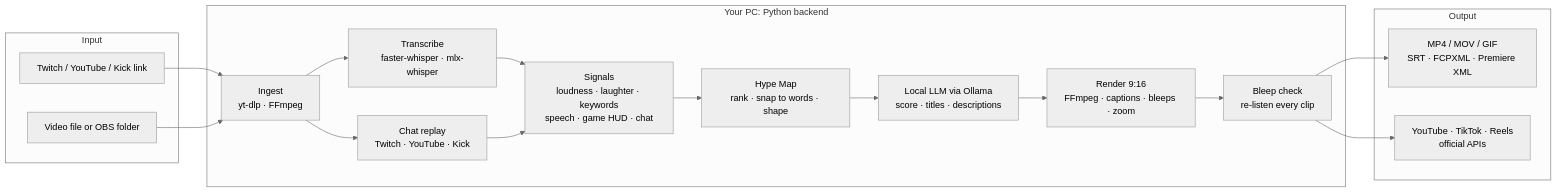
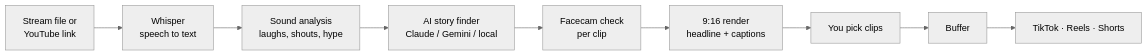
One commit to ierenkucukali/viral-gaming-clip-creator changed the diagram in README.md. Above: the diagram before and after it, drawn with Mermaid (neutral theme). The commit also changed other lines of this file and 43 other files, not shown here.

First line of the commit message:
Public README for Viral Gaming Clip Creator (fork of SharkyClips), updater + installers point to this repository, live posting-plan example

````diff
--- a/README.md
+++ b/README.md
@@ -80,28 +63,11 @@
 ```mermaid
 flowchart LR
-    subgraph IN[Input]
-        A1[Twitch / YouTube / Kick link]
-        A2[Video file or OBS folder]
-    end
-    subgraph LOCAL[Your PC: Python backend]
-        B[Ingest<br/>yt-dlp · FFmpeg]
-        C[Transcribe<br/>faster-whisper · mlx-whisper]
-        D[Chat replay<br/>Twitch · YouTube · Kick]
-        E[Signals<br/>loudness · laughter · keywords<br/>speech · game HUD · chat]
-        F[Hype Map<br/>rank · snap to words · shape]
-        G[Local LLM via Ollama<br/>score · titles · descriptions]
-        H[Render 9:16<br/>FFmpeg · captions · bleeps · zoom]
-        I[Bleep check<br/>re-listen every clip]
-    end
-    subgraph OUT[Output]
-        J[MP4 / MOV / GIF<br/>SRT · FCPXML · Premiere XML]
-        K[YouTube · TikTok · Reels<br/>official APIs]
-    end
-    A1 --> B
-    A2 --> B
-    B --> C --> E
-    B --> D --> E
-    E --> F --> G --> H --> I
-    I --> J
-    I --> K
+  A[Stream file or<br/>YouTube link] --> B[Whisper<br/>speech to text]
+  B --> C[Sound analysis<br/>laughs, shouts, hype]
+  C --> D[AI story finder<br/>Claude / Gemini / local]
+  D --> E[Facecam check<br/>per clip]
+  E --> F[9:16 render<br/>headline + captions]
+  F --> G[You pick clips]
+  G --> H[Buffer]
+  H --> I[TikTok · Reels · Shorts]
 ```
````
